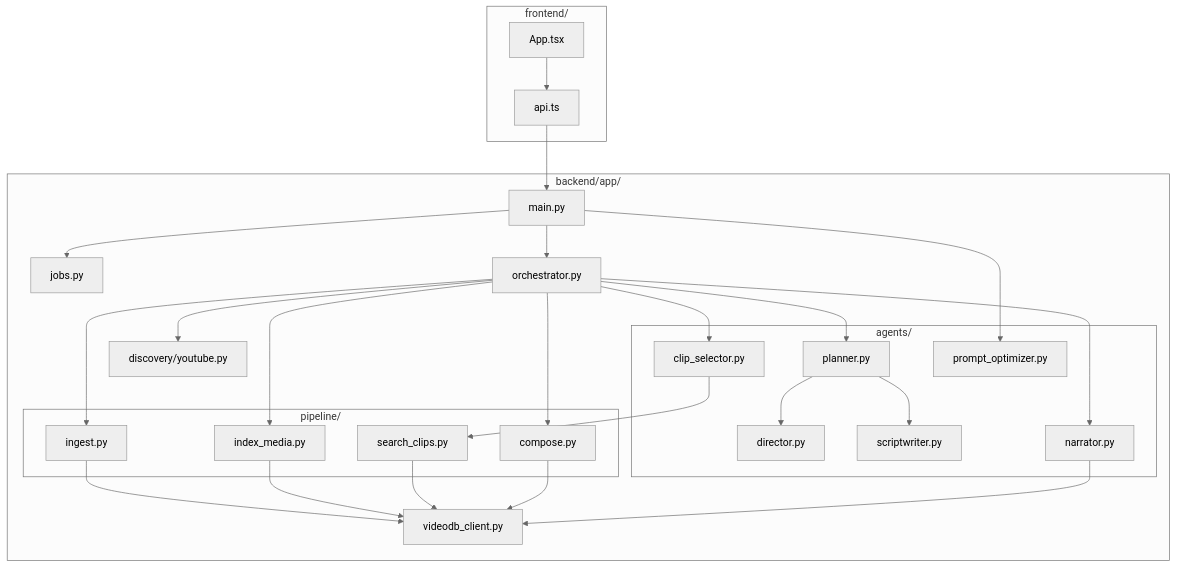
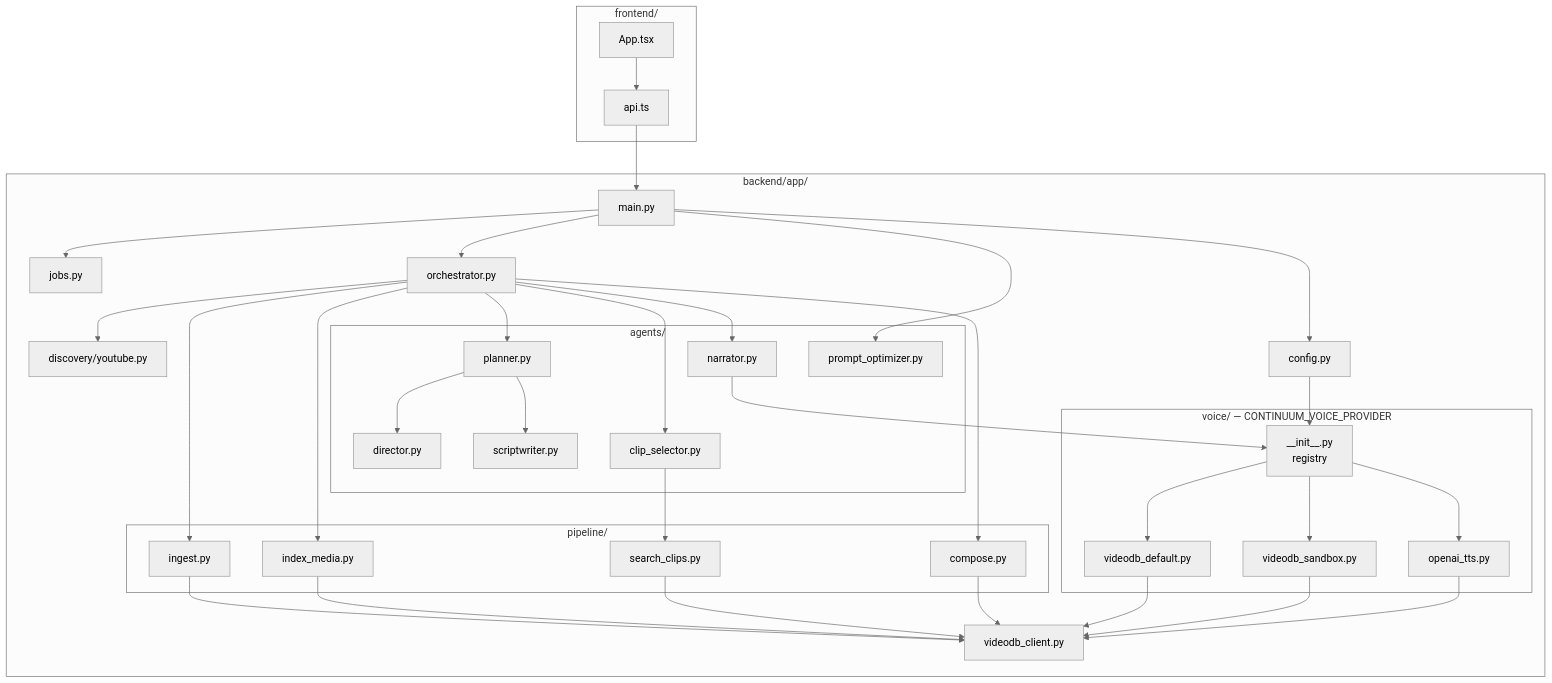
The second of 10 diagrams in ARCHITECTURE.md (Krishan111/Continuum-Agentic_Documentary_Studio), drawn with Mermaid (neutral theme) before and after one commit. The commit also changed other lines of this file and 1 other file, not shown here.

````diff
--- a/ARCHITECTURE.md
+++ b/ARCHITECTURE.md
@@ -64,53 +68,69 @@
 ```mermaid
 flowchart TB
   subgraph frontend ["frontend/"]
     App[App.tsx]
     ApiTs[api.ts]
     App --> ApiTs
   end
 
   subgraph backend ["backend/app/"]
     Main[main.py]
     Jobs[jobs.py]
     Orch[orchestrator.py]
 
     subgraph agents_pkg ["agents/"]
       Director[director.py]
       Scriptwriter[scriptwriter.py]
       Planner[planner.py]
       ClipSel[clip_selector.py]
       Narrator[narrator.py]
       PromptOpt[prompt_optimizer.py]
     end
 
     subgraph pipeline_pkg ["pipeline/"]
       Ingest[ingest.py]
       Index[index_media.py]
       Search[search_clips.py]
       Compose[compose.py]
     end
 
+    subgraph voice_pkg ["voice/ — CONTINUUM_VOICE_PROVIDER"]
+      VoiceReg["__init__.py\nregistry"]
+      VDef[videodb_default.py]
+      VSand[videodb_sandbox.py]
+      VOAI[openai_tts.py]
+    end
+
     Discovery[discovery/youtube.py]
+    Config[config.py]
     VDBClient[videodb_client.py]
   end
 
   ApiTs --> Main
   Main --> Jobs
   Main --> Orch
   Main --> PromptOpt
+  Main --> Config
   Orch --> Discovery
   Orch --> Ingest
   Orch --> Index
   Orch --> Planner
   Orch --> ClipSel
   Orch --> Narrator
   Orch --> Compose
   Planner --> Director
   Planner --> Scriptwriter
   ClipSel --> Search
+  Narrator --> VoiceReg
+  VoiceReg --> VDef
+  VoiceReg --> VSand
+  VoiceReg --> VOAI
+  Config --> VoiceReg
   Ingest --> VDBClient
   Index --> VDBClient
   Search --> VDBClient
   Compose --> VDBClient
-  Narrator --> VDBClient
+  VDef --> VDBClient
+  VSand --> VDBClient
+  VOAI --> VDBClient
 ```
````
